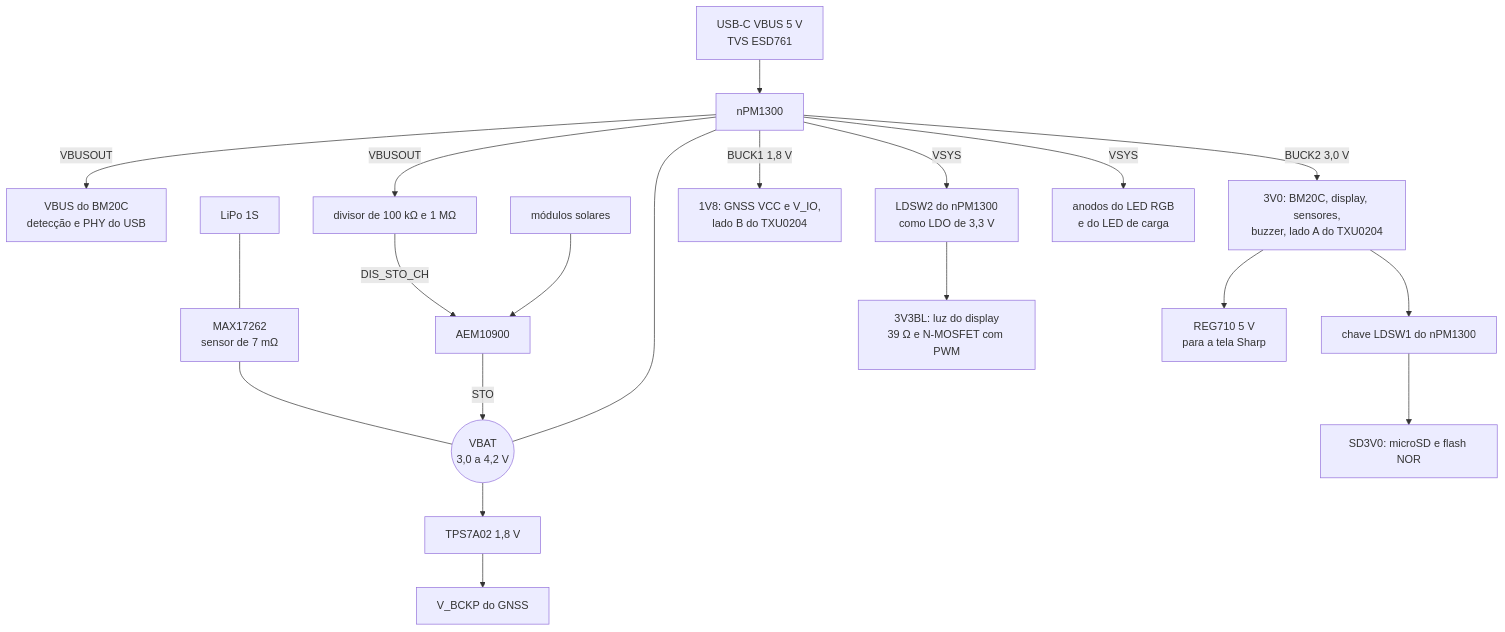
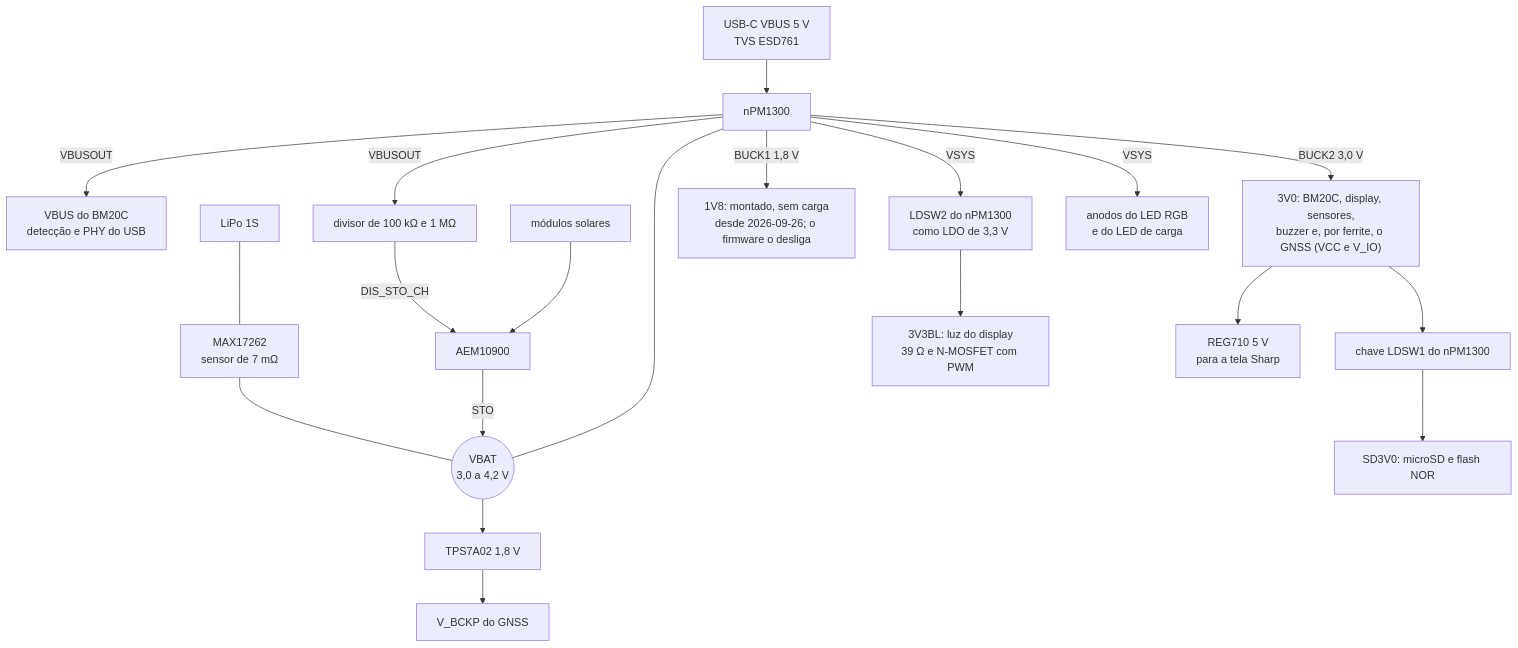
Before and after one commit to Guiimartinho/gnss-bike-computer: the second of 3 diagrams in docs/14-hardware-placa-nova.md, drawn with Mermaid. The commit also changed other lines of this file and 27 other files, not shown here.

````diff
--- a/docs/14-hardware-placa-nova.md
+++ b/docs/14-hardware-placa-nova.md
@@ -81,22 +81,22 @@
 ```mermaid
 flowchart TD
     VBUS["USB-C VBUS 5 V<br/>TVS ESD761"] --> PMIC["nPM1300"]
     PMIC -->|"VBUSOUT"| NRFVBUS["VBUS do BM20C<br/>detecção e PHY do USB"]
     PMIC -->|"VBUSOUT"| DIV["divisor de 100 kΩ e 1 MΩ"]
     DIV -->|"DIS_STO_CH"| AEM
     CELL["LiPo 1S"] --- GAUGE["MAX17262<br/>sensor de 7 mΩ"]
     GAUGE --- VBAT(("VBAT<br/>3,0 a 4,2 V"))
     VBAT --- PMIC
     PV["módulos solares"] --> AEM["AEM10900"]
     AEM -->|"STO"| VBAT
     VBAT --> LDO["TPS7A02 1,8 V"]
     LDO --> VBCKP["V_BCKP do GNSS"]
-    PMIC -->|"BUCK2 3,0 V"| R3V0["3V0: BM20C, display, sensores,<br/>buzzer, lado A do TXU0204"]
-    PMIC -->|"BUCK1 1,8 V"| R1V8["1V8: GNSS VCC e V_IO,<br/>lado B do TXU0204"]
+    PMIC -->|"BUCK2 3,0 V"| R3V0["3V0: BM20C, display, sensores,<br/>buzzer e, por ferrite, o GNSS (VCC e V_IO)"]
+    PMIC -->|"BUCK1 1,8 V"| R1V8["1V8: montado, sem carga<br/>desde 2026-09-26; o firmware o desliga"]
     R3V0 --> LSW["chave LDSW1 do nPM1300"]
     LSW --> RSD["SD3V0: microSD e flash NOR"]
     PMIC -->|"VSYS"| LDO2["LDSW2 do nPM1300<br/>como LDO de 3,3 V"]
     LDO2 --> RBL["3V3BL: luz do display<br/>39 Ω e N-MOSFET com PWM"]
     PMIC -->|"VSYS"| RLED["anodos do LED RGB<br/>e do LED de carga"]
     R3V0 --> CP["REG710 5 V<br/>para a tela Sharp"]
 ```
````
